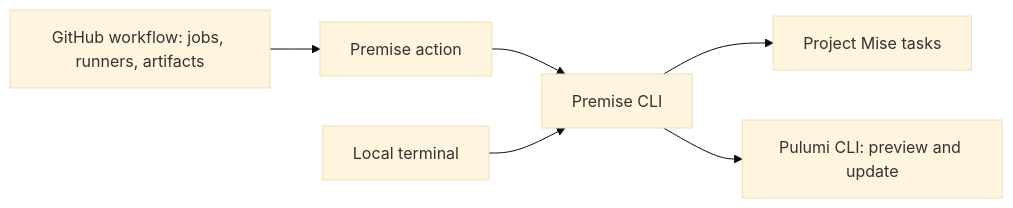
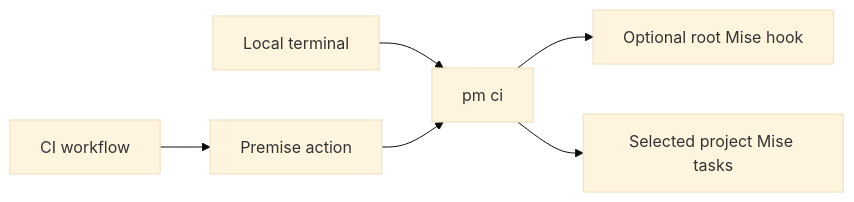
One commit to cloudvoyant/premise changed the first of 3 diagrams in docs/modules/ci.md. Above: the diagram before and after it, drawn with Mermaid (base theme). The commit also changed other lines of this file and 39 other files, not shown here.

````diff
--- a/docs/modules/ci.md
+++ b/docs/modules/ci.md
@@ -11,8 +11,8 @@
 ```mermaid
 flowchart LR
-    workflow[GitHub workflow: jobs, runners, artifacts] --> action[Premise action]
-    action --> cli[Premise CLI]
-    local[Local terminal] --> cli
-    cli --> tasks[Project Mise tasks]
-    cli --> infra[Pulumi CLI: preview and update]
+    local[Local terminal] --> cli[pm ci]
+    workflow[CI workflow] --> action[Premise action]
+    action --> cli
+    cli --> root[Optional root Mise hook]
+    cli --> tasks[Selected project Mise tasks]
 ```
````
